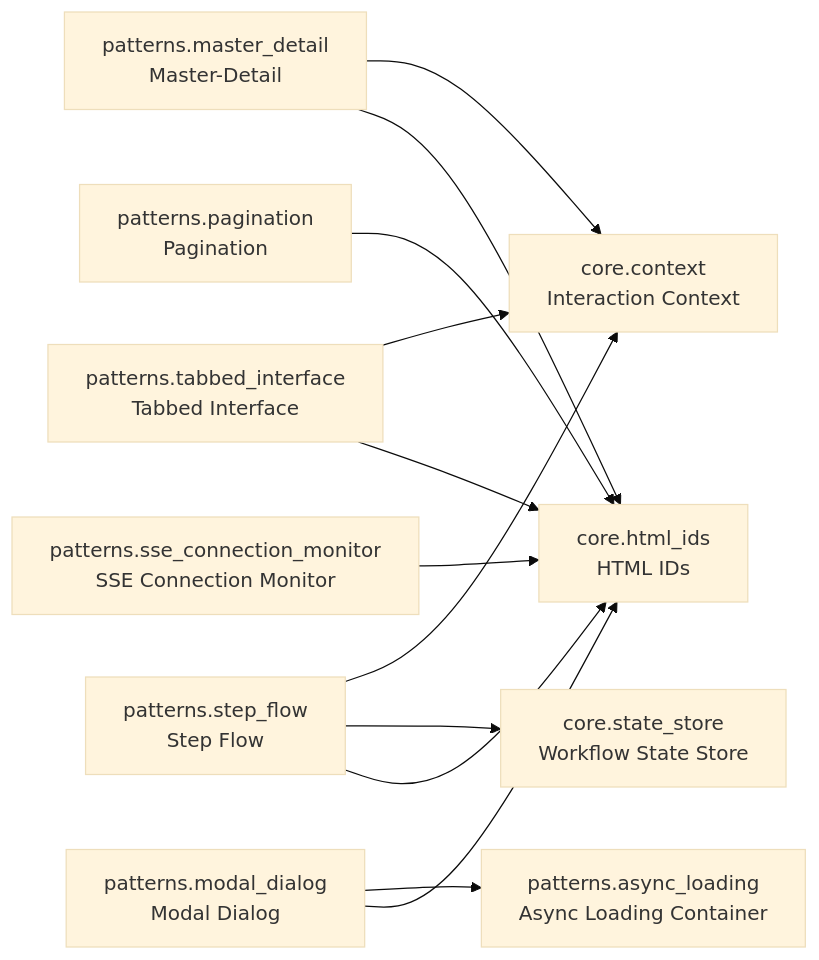
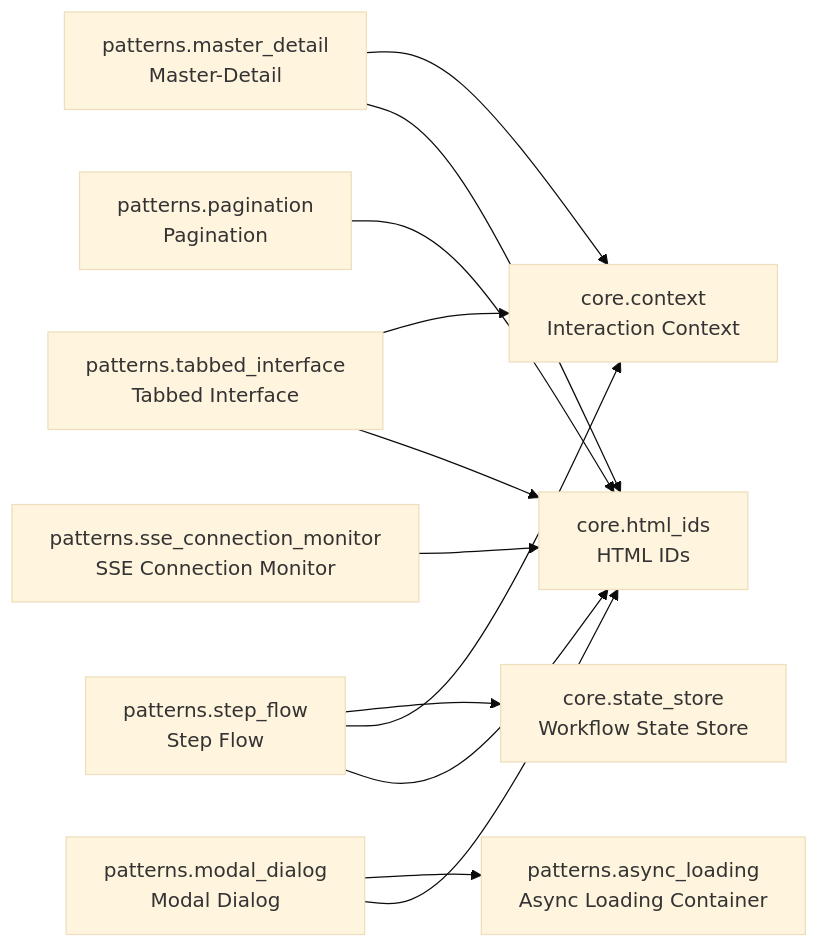
The diagram in README.md (cj-mills/cjm-fasthtml-interactions), drawn with Mermaid (base theme) before and after one commit. The commit also changed other lines of this file and 4 other files, not shown here.

Commit message:
Add optional debug parameter to StepFlow to control debug output.

````diff
--- a/README.md
+++ b/README.md
@@ -32,25 +32,25 @@
 ``` mermaid
 graph LR
     core_context[core.context<br/>Interaction Context]
     core_html_ids[core.html_ids<br/>HTML IDs]
     core_state_store[core.state_store<br/>Workflow State Store]
     patterns_async_loading[patterns.async_loading<br/>Async Loading Container]
     patterns_master_detail[patterns.master_detail<br/>Master-Detail]
     patterns_modal_dialog[patterns.modal_dialog<br/>Modal Dialog]
     patterns_pagination[patterns.pagination<br/>Pagination]
     patterns_sse_connection_monitor[patterns.sse_connection_monitor<br/>SSE Connection Monitor]
     patterns_step_flow[patterns.step_flow<br/>Step Flow]
     patterns_tabbed_interface[patterns.tabbed_interface<br/>Tabbed Interface]
 
     patterns_master_detail --> core_context
     patterns_master_detail --> core_html_ids
     patterns_modal_dialog --> patterns_async_loading
     patterns_modal_dialog --> core_html_ids
     patterns_pagination --> core_html_ids
     patterns_sse_connection_monitor --> core_html_ids
+    patterns_step_flow --> core_state_store
     patterns_step_flow --> core_context
-    patterns_step_flow --> core_state_store
     patterns_step_flow --> core_html_ids
     patterns_tabbed_interface --> core_context
     patterns_tabbed_interface --> core_html_ids
 ```
````
